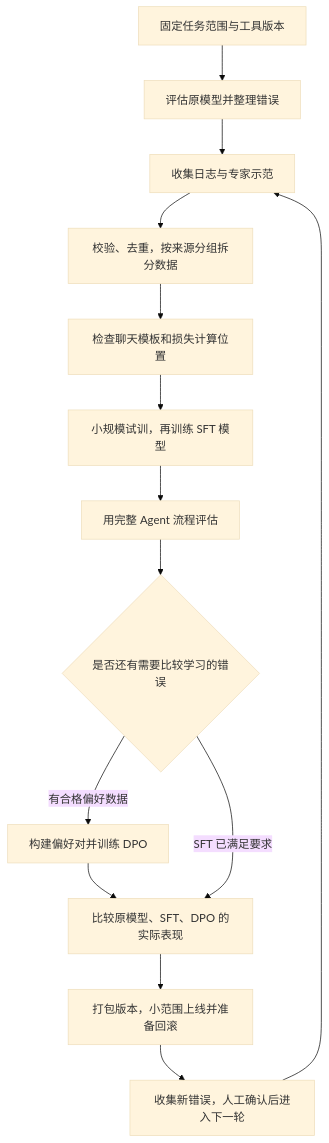
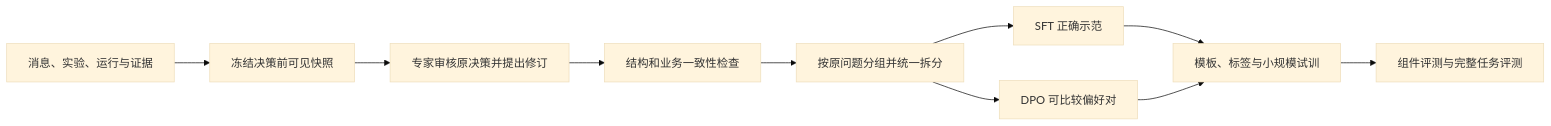
One commit to edwin98/Obsidian-Notes changed the diagram in 03_Agent系统/08_Agent模型后训练SFT_DPO.md. Above: the diagram before and after it, drawn with Mermaid (base theme). The commit also changed other lines of this file and 118 other files, not shown here.

````diff
--- a/03_Agent系统/08_Agent模型后训练SFT_DPO.md
+++ b/03_Agent系统/08_Agent模型后训练SFT_DPO.md
@@ -79,16 +140,12 @@
 ```mermaid
-flowchart TD
-    A[固定任务范围与工具版本] --> B[评估原模型并整理错误]
-    B --> C[收集日志与专家示范]
-    C --> D[校验、去重，按来源分组拆分数据]
-    D --> E[检查聊天模板和损失计算位置]
-    E --> F[小规模试训，再训练 SFT 模型]
-    F --> G[用完整 Agent 流程评估]
-    G --> H{是否还有需要比较学习的错误}
-    H -->|有合格偏好数据| I[构建偏好对并训练 DPO]
-    I --> J[比较原模型、SFT、DPO 的实际表现]
-    H -->|SFT 已满足要求| J
-    J --> K[打包版本，小范围上线并准备回滚]
-    K --> L[收集新错误，人工确认后进入下一轮]
-    L --> C
+flowchart LR
+    R[消息、实验、运行与证据] --> S[冻结决策前可见快照]
+    S --> E[专家审核原决策并提出修订]
+    E --> V[结构和业务一致性检查]
+    V --> G[按原问题分组并统一拆分]
+    G --> A[SFT 正确示范]
+    G --> B[DPO 可比较偏好对]
+    A --> T[模板、标签与小规模试训]
+    B --> T
+    T --> Q[组件评测与完整任务评测]
 ```
````
